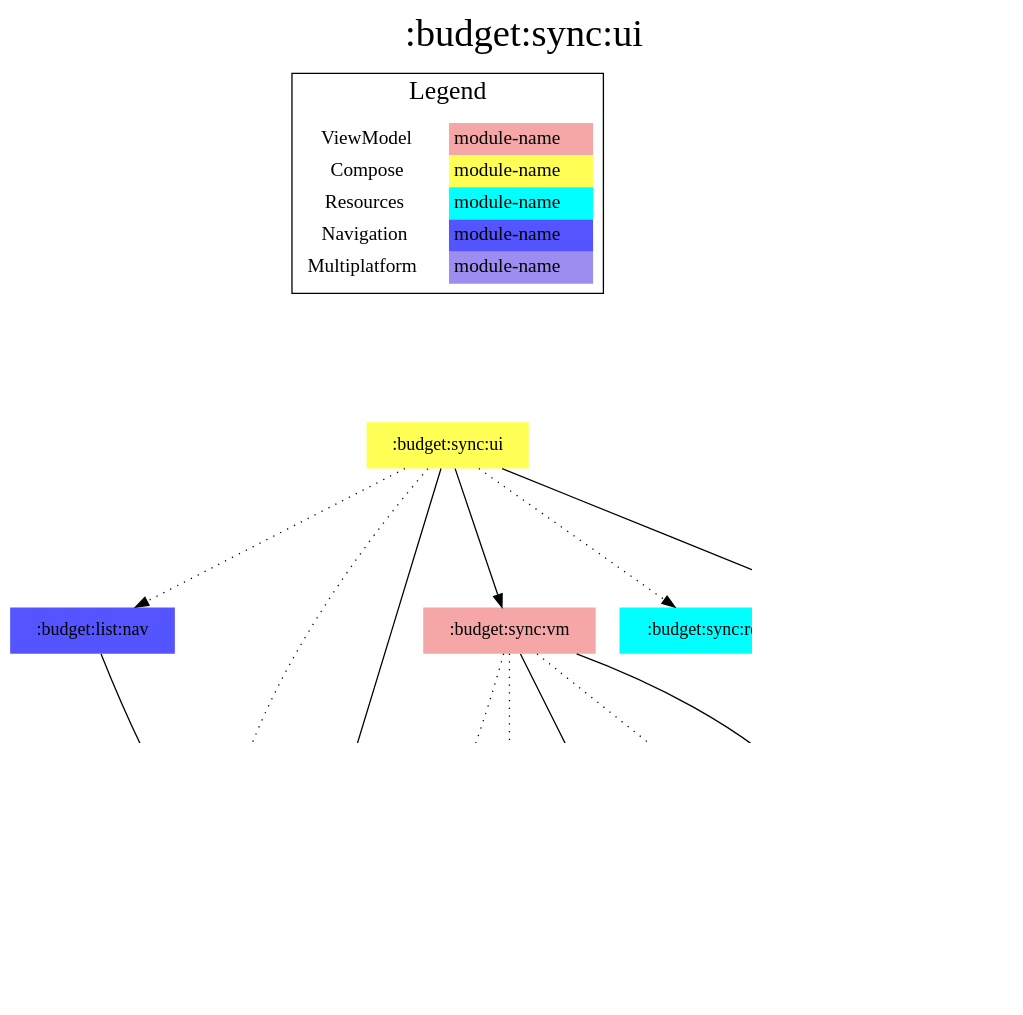
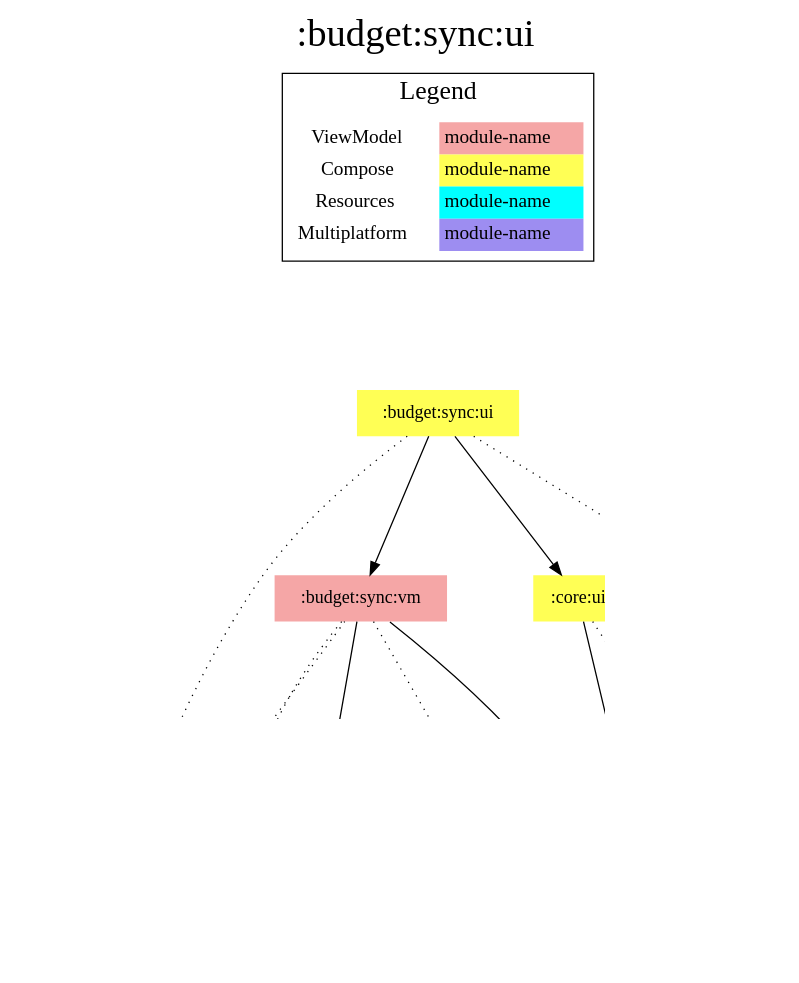
One commit to jonapoul/aktual changed the diagram in modules/budget/sync/ui/modules.dot. Above: the diagram before and after it, drawn with Graphviz. The commit also changed 66 other files, not shown here.

```diff
--- a/modules/budget/sync/ui/modules.dot
+++ b/modules/budget/sync/ui/modules.dot
@@ -1,56 +1,48 @@
 digraph {
 edge ["dir"="forward"]
 graph ["dpi"="100","label"=":budget:sync:ui","labelloc"="t","fontsize"="30","ranksep"="1.5","rankdir"="TB"]
 node ["style"="filled"]
 ":account:model" ["fillcolor"="#9D8DF1","shape"="none"]
 ":api:actual" ["fillcolor"="#9D8DF1","shape"="none"]
-":budget:list:nav" ["fillcolor"="#5555FF","shape"="none"]
 ":budget:model" ["fillcolor"="#9D8DF1","shape"="none"]
-":budget:sync:nav" ["fillcolor"="#5555FF","shape"="none"]
 ":budget:sync:res" ["fillcolor"="#00FFFF","shape"="none"]
 ":budget:sync:ui" ["fillcolor"="#FFFF55","shape"="none"]
 ":budget:sync:vm" ["fillcolor"="#F5A6A6","shape"="none"]
 ":codegen:annotation" ["fillcolor"="#9D8DF1","shape"="none"]
 ":core:files" ["fillcolor"="#9D8DF1","shape"="none"]
 ":core:model" ["fillcolor"="#9D8DF1","shape"="none"]
 ":core:res" ["fillcolor"="#00FFFF","shape"="none"]
 ":core:ui" ["fillcolor"="#FFFF55","shape"="none"]
 {
 edge ["dir"="none"]
 graph ["rank"="same"]
 }
 ":api:actual" -> ":account:model"
 ":api:actual" -> ":budget:model"
 ":api:actual" -> ":codegen:annotation" ["style"="dotted"]
 ":api:actual" -> ":core:model"
-":budget:list:nav" -> ":account:model"
-":budget:sync:nav" -> ":account:model"
-":budget:sync:nav" -> ":budget:model"
 ":budget:sync:ui" -> ":account:model" ["style"="dotted"]
-":budget:sync:ui" -> ":budget:list:nav" ["style"="dotted"]
-":budget:sync:ui" -> ":budget:sync:nav"
 ":budget:sync:ui" -> ":budget:sync:res" ["style"="dotted"]
 ":budget:sync:ui" -> ":budget:sync:vm"
 ":budget:sync:ui" -> ":core:ui"
 ":budget:sync:vm" -> ":account:model" ["style"="dotted"]
 ":budget:sync:vm" -> ":api:actual" ["style"="dotted"]
 ":budget:sync:vm" -> ":budget:model" ["style"="dotted"]
 ":budget:sync:vm" -> ":core:files"
 ":budget:sync:vm" -> ":core:model"
 ":core:files" -> ":budget:model"
 ":core:ui" -> ":core:model"
 ":core:ui" -> ":core:res" ["style"="dotted"]
 subgraph "cluster_legend" {
 edge ["dir"="none"]
 graph ["label"="Legend","fontsize"="20"]
 "Legend" ["style"="filled","fillcolor"="#FFFFFF","shape"="none","margin"="0","fontsize"="15","label"=<
 <TABLE BORDER="0" CELLBORDER="0" CELLSPACING="0" CELLPADDING="4">
 <TR><TD>ViewModel</TD><TD BGCOLOR="#F5A6A6">module-name</TD></TR>
 <TR><TD>Compose</TD><TD BGCOLOR="#FFFF55">module-name</TD></TR>
 <TR><TD>Resources</TD><TD BGCOLOR="#00FFFF">module-name</TD></TR>
-<TR><TD>Navigation</TD><TD BGCOLOR="#5555FF">module-name</TD></TR>
 <TR><TD>Multiplatform</TD><TD BGCOLOR="#9D8DF1">module-name</TD></TR>
 </TABLE>
 >]
 } -> ":budget:sync:ui" ["style"="invis"]
 }
```
